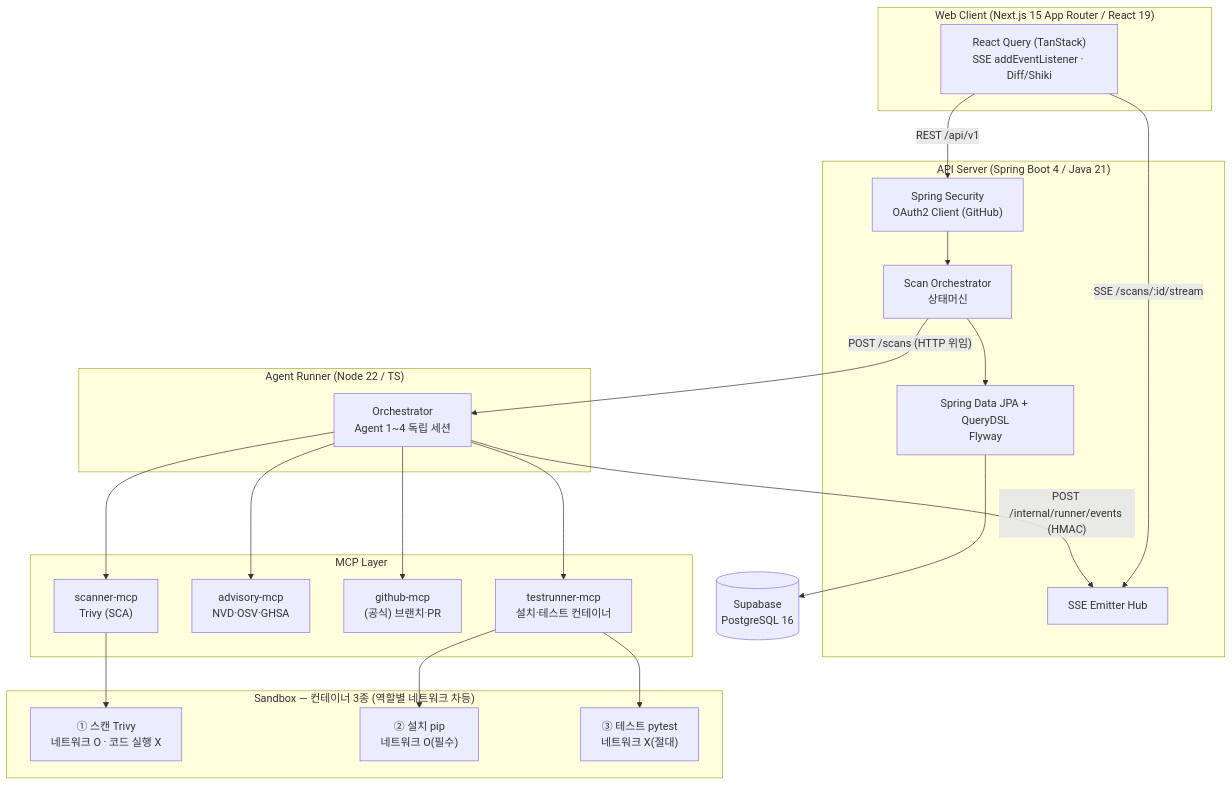
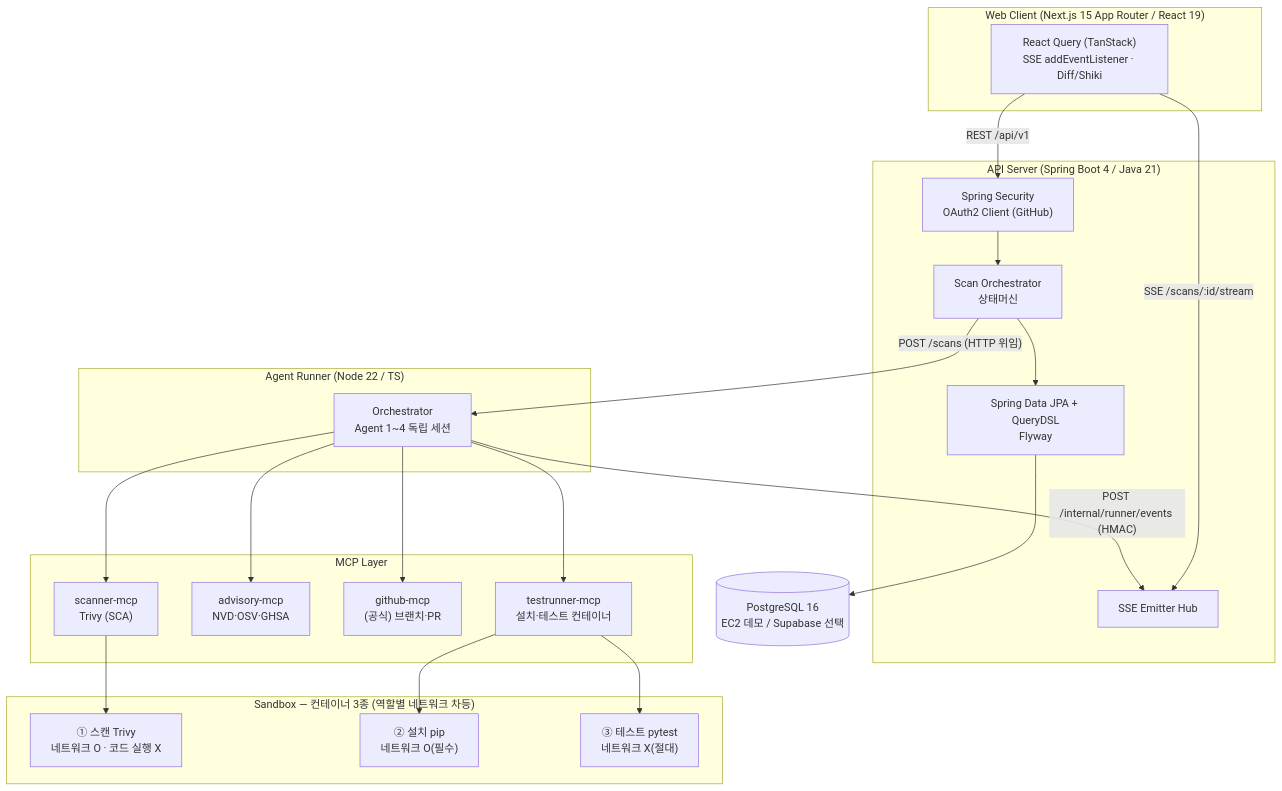
One commit to peachoath/vibeguard changed the second of 10 diagrams in DOCS/VibeGuard_Architecture.md. Above: the diagram before and after it, drawn with Mermaid. The commit also changed other lines of this file and 7 other files, not shown here.

````diff
--- a/DOCS/VibeGuard_Architecture.md
+++ b/DOCS/VibeGuard_Architecture.md
@@ -60,43 +60,43 @@
 ```mermaid
 graph TB
     subgraph Client["Web Client (Next.js 15 App Router / React 19)"]
         FE["React Query (TanStack)<br/>SSE addEventListener · Diff/Shiki"]
     end
 
     subgraph ApiTier["API Server (Spring Boot 4 / Java 21)"]
         SEC["Spring Security<br/>OAuth2 Client (GitHub)"]
         ORCH["Scan Orchestrator<br/>상태머신"]
         SSE["SSE Emitter Hub"]
         JPA["Spring Data JPA + QueryDSL<br/>Flyway"]
     end
 
     subgraph AgentTier["Agent Runner (Node 22 / TS)"]
         RUNNER["Orchestrator<br/>Agent 1~4 독립 세션"]
     end
 
     subgraph MCP["MCP Layer"]
         SCAN["scanner-mcp<br/>Trivy (SCA)"]
         ADV["advisory-mcp<br/>NVD·OSV·GHSA"]
         GHMCP["github-mcp<br/>(공식) 브랜치·PR"]
         TEST["testrunner-mcp<br/>설치·테스트 컨테이너"]
     end
 
     subgraph Infra["Sandbox — 컨테이너 3종 (역할별 네트워크 차등)"]
         C1["① 스캔 Trivy<br/>네트워크 O · 코드 실행 X"]
         C2["② 설치 pip<br/>네트워크 O(필수)"]
         C3["③ 테스트 pytest<br/>네트워크 X(절대)"]
     end
 
-    DB[("Supabase<br/>PostgreSQL 16")]
+    DB[("PostgreSQL 16<br/>EC2 데모 / Supabase 선택")]
 
     FE -->|"REST /api/v1"| SEC
     FE -->|"SSE /scans/:id/stream"| SSE
     SEC --> ORCH
     ORCH --> JPA
     JPA --> DB
     ORCH -->|"POST /scans (HTTP 위임)"| RUNNER
     RUNNER -->|"POST /internal/runner/events (HMAC)"| SSE
     RUNNER --> SCAN & ADV & GHMCP & TEST
     SCAN --> C1
     TEST --> C2 & C3
 ```
````
